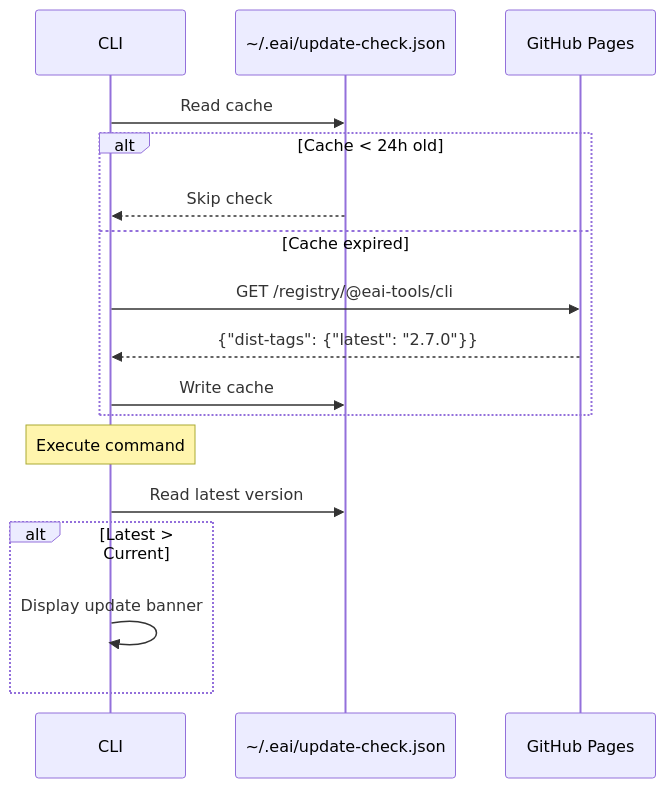
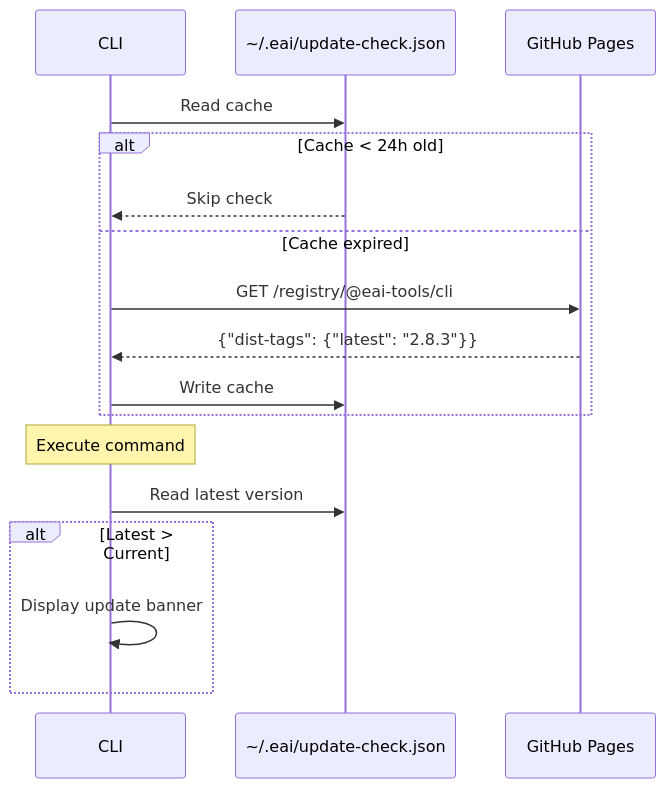
One commit to eai-support/eai changed the second of 3 diagrams in .tech-docs/deployment.md. Above: the diagram before and after it, drawn with Mermaid. The commit also changed other lines of this file and 10 other files, not shown here.

````diff
--- a/.tech-docs/deployment.md
+++ b/.tech-docs/deployment.md
@@ -188,22 +188,22 @@
 ```mermaid
 sequenceDiagram
     participant CLI
     participant Cache as ~/.eai/update-check.json
     participant Registry as GitHub Pages
 
     CLI->>Cache: Read cache
     alt Cache < 24h old
         Cache-->>CLI: Skip check
     else Cache expired
         CLI->>Registry: GET /registry/@eai-tools/cli
-        Registry-->>CLI: {"dist-tags": {"latest": "2.7.0"}}
+        Registry-->>CLI: {"dist-tags": {"latest": "2.8.3"}}
         CLI->>Cache: Write cache
     end
 
     Note over CLI: Execute command
 
     CLI->>Cache: Read latest version
     alt Latest > Current
         CLI->>CLI: Display update banner
     end
 ```
````
